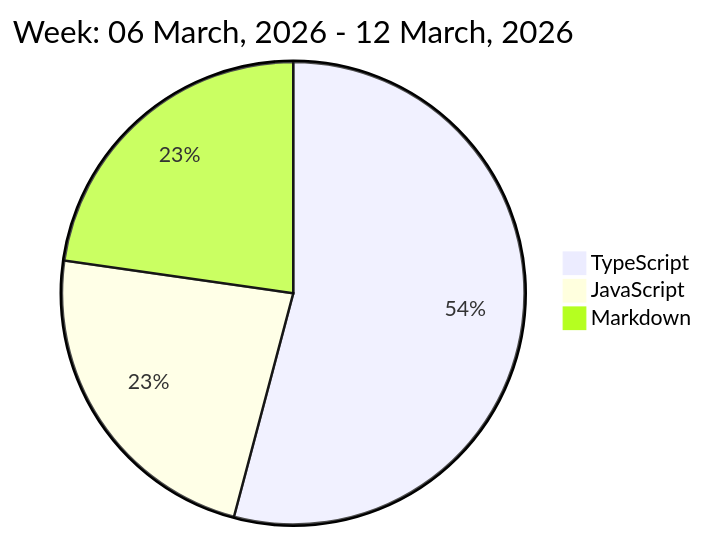
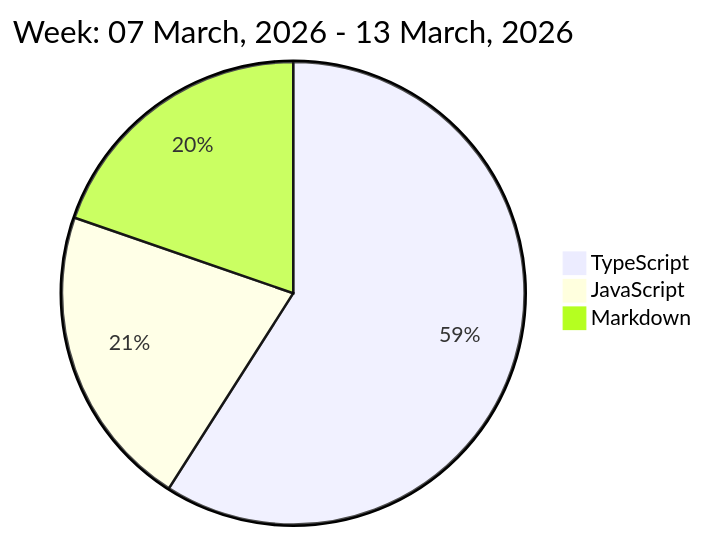
Before and after one commit to liubin95/liubin95: the diagram in README.md, drawn with Mermaid.

Commit message:
Updated the Graph with new Metrics

````diff
--- a/README.md
+++ b/README.md
@@ -32,7 +32,7 @@
 ```mermaid
  pie
-title Week: 06 March, 2026 - 12 March, 2026
- "TypeScript" : 6.95
- "JavaScript" : 2.97
- "Markdown" : 2.92
+title Week: 07 March, 2026 - 13 March, 2026
+ "TypeScript" : 7.55
+ "JavaScript" : 2.72
+ "Markdown" : 2.52
 ```
````
